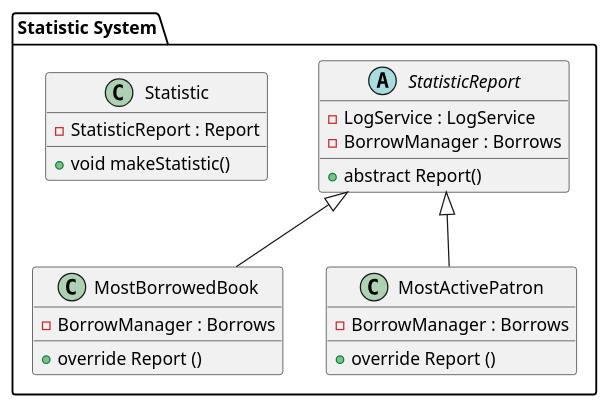
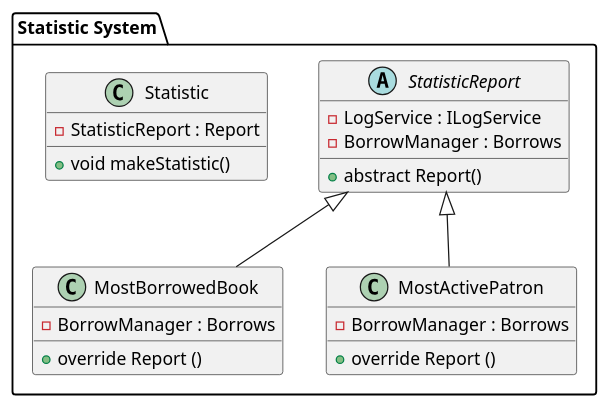
One commit to programacion-6/Opcion1CanelitaTeam changed the diagram in UML-Diagram/StatisticSystem.puml. Above: the diagram before and after it, drawn with PlantUML. The commit also changed 4 other files, not shown here.

```diff
--- a/UML-Diagram/StatisticSystem.puml
+++ b/UML-Diagram/StatisticSystem.puml
@@ -1,30 +1,30 @@
 @startuml StatisticSystem
 package "Statistic System" {
     
     ' Define abstract classes
     
     abstract class StatisticReport {
-        - LogService : LogService
+        - LogService : ILogService
         - BorrowManager : Borrows
         + abstract Report()
     }
     
     ' Define main classes
 
     class MostBorrowedBook extends StatisticReport {
         - BorrowManager : Borrows
         + override Report ()
     }
 
     class MostActivePatron extends StatisticReport {
         - BorrowManager : Borrows
         + override Report ()
     }
 
     class Statistic {
         - StatisticReport : Report
         + void makeStatistic()
     }
 
 }
 @enduml 
```
